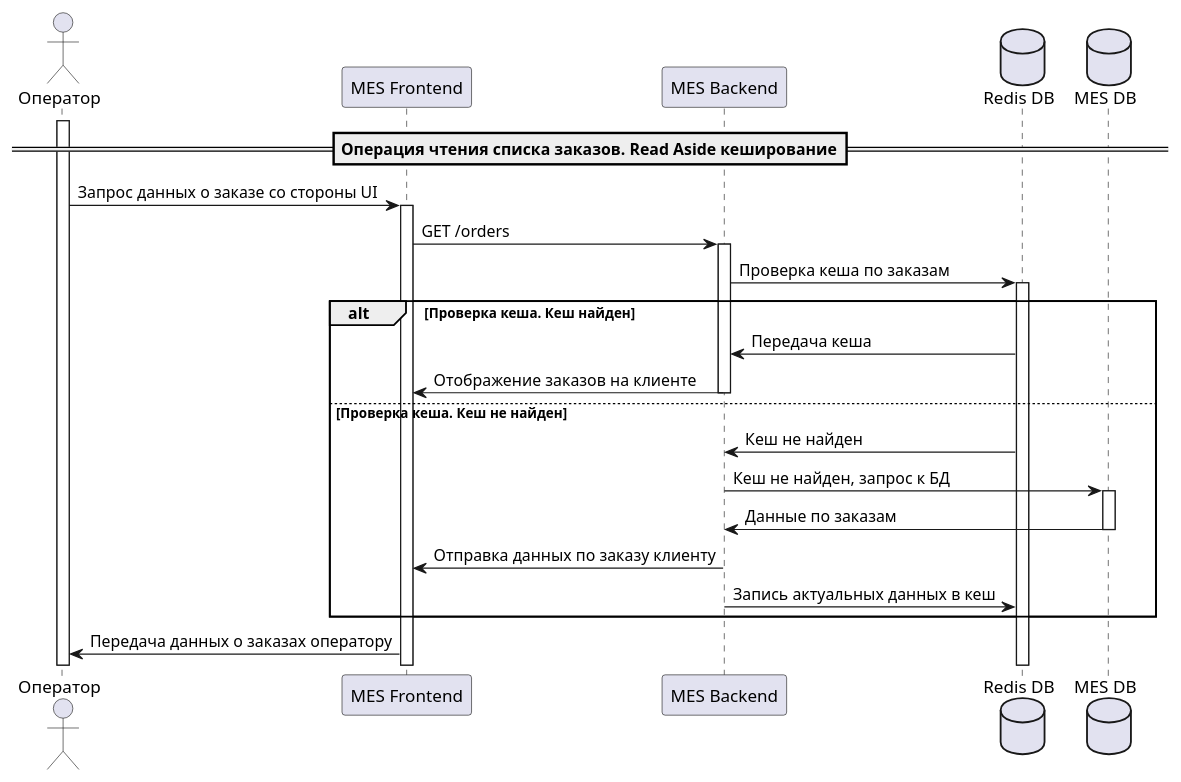
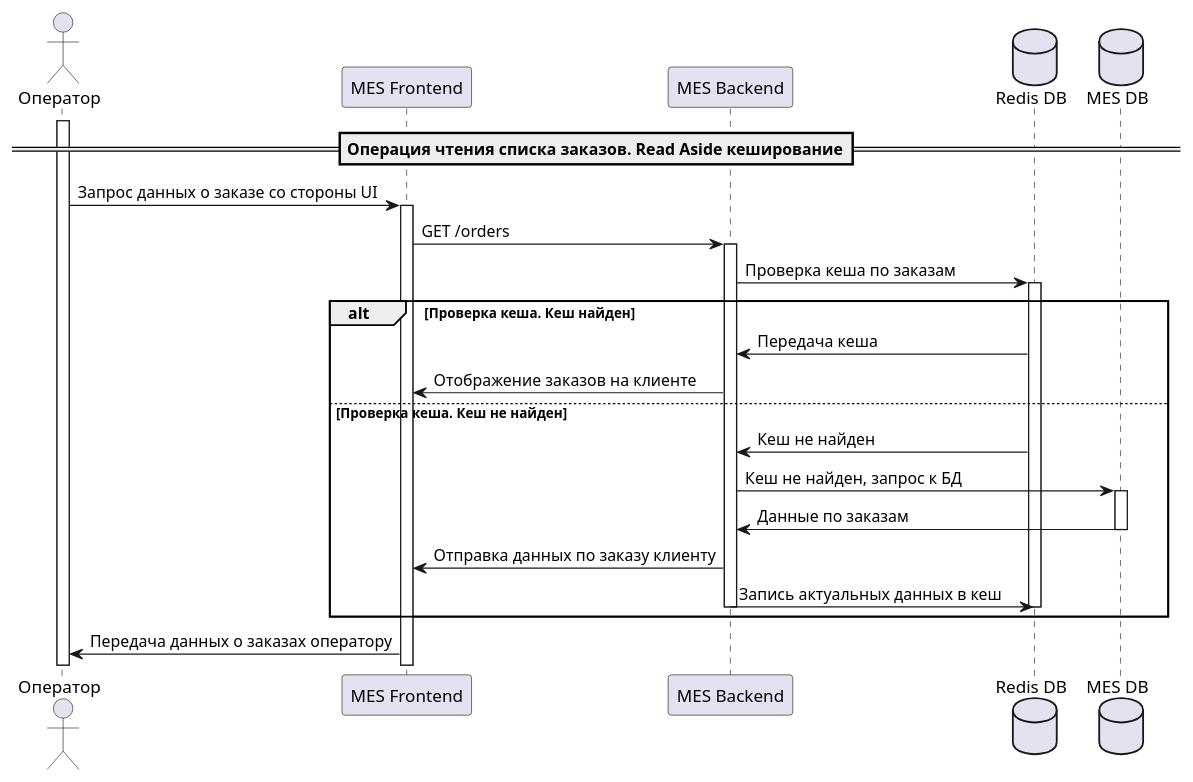
Before and after one commit to bofeof/architecture-alexandrite: the diagram in 5. Caching/Sequence_cache_scheme_get_orders.puml, drawn with PlantUML. The commit also changed 4 other files, not shown here.

```diff
--- a/5. Caching/Sequence_cache_scheme_get_orders.puml
+++ b/5. Caching/Sequence_cache_scheme_get_orders.puml
@@ -1,30 +1,31 @@
 @startuml
 
 actor "Оператор" as operator
 participant "MES Frontend" as mes_front
 participant "MES Backend" as mes_back
 database "Redis DB" as redis_db
 database "MES DB" as mes_db
 
 
 ==Операция чтения списка заказов. Read Aside кеширование==
 
 activate operator
 operator -> mes_front++: Запрос данных о заказе со стороны UI
 mes_front -> mes_back++: GET /orders
 mes_back -> redis_db++: Проверка кеша по заказам
 
 alt Проверка кеша. Кеш найден
     redis_db -> mes_back: Передача кеша
-    mes_back -> mes_front--: Отображение заказов на клиенте
+    mes_back -> mes_front: Отображение заказов на клиенте
 else Проверка кеша. Кеш не найден
     redis_db -> mes_back: Кеш не найден
     mes_back -> mes_db++: Кеш не найден, запрос к БД
     mes_db -> mes_back--: Данные по заказам
     mes_back -> mes_front: Отправка данных по заказу клиенту
-    mes_back -> redis_db: Запись актуальных данных в кеш
+    mes_back -> redis_db--: Запись актуальных данных в кеш
+    redis_db--
 end
 
 mes_front -> operator: Передача данных о заказах оператору
 
 @enduml
```
